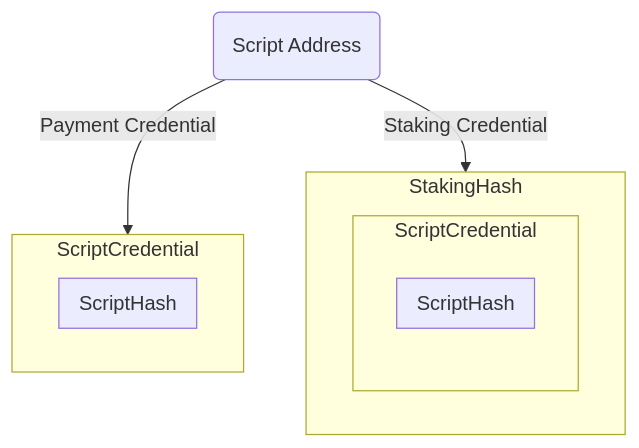
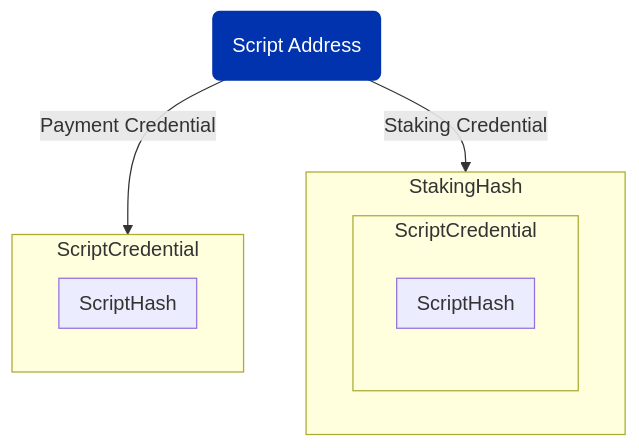
Before and after one commit to cardano-foundation/developer-portal: the second of 5 diagrams in docs/smart-contracts/advanced/design-patterns/transaction-level-validation/stake-validators/stake-validator.md, drawn with Mermaid. The commit also changed other lines of this file and 14 other files, not shown here.

Commit message:
cardano unified color scheme for mermaid diagrams

````diff
--- a/docs/smart-contracts/advanced/design-patterns/transaction-level-validation/stake-validators/stake-validator.md
+++ b/docs/smart-contracts/advanced/design-patterns/transaction-level-validation/stake-validators/stake-validator.md
@@ -126,16 +131,20 @@
 ```mermaid
 graph TD
   SA(Script Address)
   SA -->|Payment Credential| ScriptCredentialSA
   subgraph ScriptCredentialSA[ScriptCredential]
   subgraph ScriptHashSA[ScriptHash]
   end
   end
   SA -->|Staking Credential| StakingHash
   subgraph StakingHash
   subgraph ScriptCredential
   subgraph ScriptHash
   end
   end
   end
+
+  classDef emphasized fill:#0033AD,stroke:#0033AD,stroke-width:2px,color:#FFFFFF
+  classDef regular fill:#FFFFFF,stroke:#0033AD,stroke-width:2px,color:#000000
+  class SA emphasized
 ```
````
